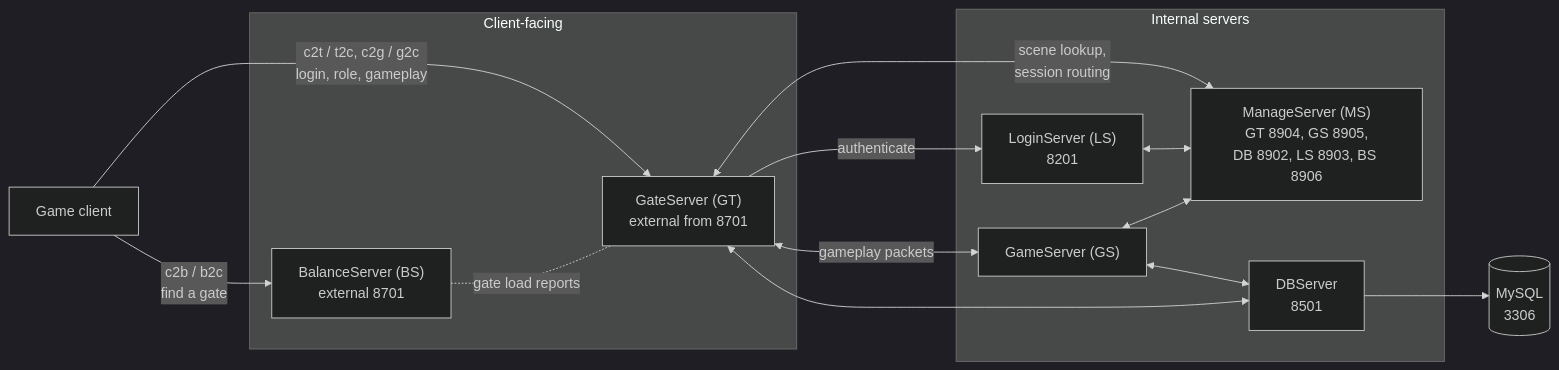
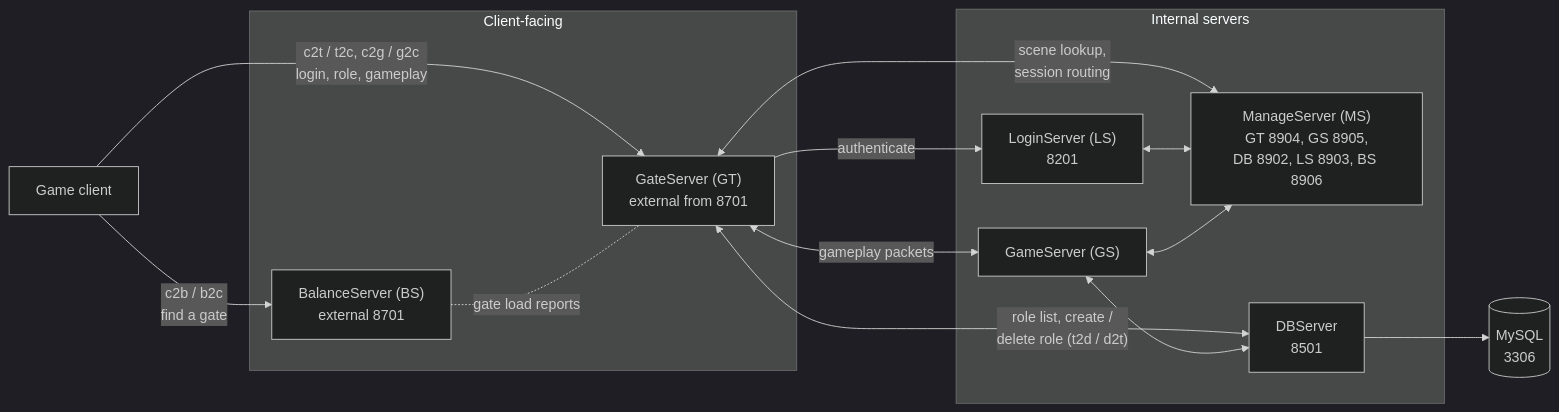
Before and after one commit to JevLOMCN/CQYH: the first of 3 diagrams in Documentation/Network Architecture.md, drawn with Mermaid (dark theme). The commit also changed other lines of this file, not shown here.

Commit message:
Update Network Architecture.md

````diff
--- a/Documentation/Network Architecture.md
+++ b/Documentation/Network Architecture.md
@@ -11,30 +11,30 @@
 ```mermaid
 flowchart LR
     C[Game client]
 
     subgraph Edge["Client-facing"]
         BS["BalanceServer (BS)<br/>external 8701"]
         GT["GateServer (GT)<br/>external from 8701"]
     end
 
     subgraph Internal["Internal servers"]
         LS["LoginServer (LS)<br/>8201"]
         MS["ManageServer (MS)<br/>GT 8904, GS 8905,<br/>DB 8902, LS 8903, BS 8906"]
         GS["GameServer (GS)"]
         DB["DBServer<br/>8501"]
     end
 
     SQL[("MySQL<br/>3306")]
 
     C -- "c2b / b2c<br/>find a gate" --> BS
     C -- "c2t / t2c, c2g / g2c<br/>login, role, gameplay" --> GT
     BS -. "gate load reports" .- GT
     GT -- "authenticate" --> LS
     GT <-- "scene lookup,<br/>session routing" --> MS
     GT <-- "gameplay packets" --> GS
+    GT <-- "role list, create /<br/>delete role (t2d / d2t)" --> DB
     GS <--> DB
-    GT <--> DB
     LS <--> MS
     DB --> SQL
     GS <--> MS
 ```
````
